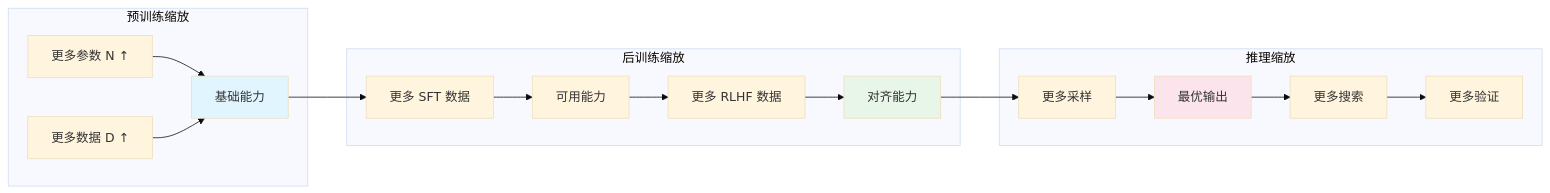
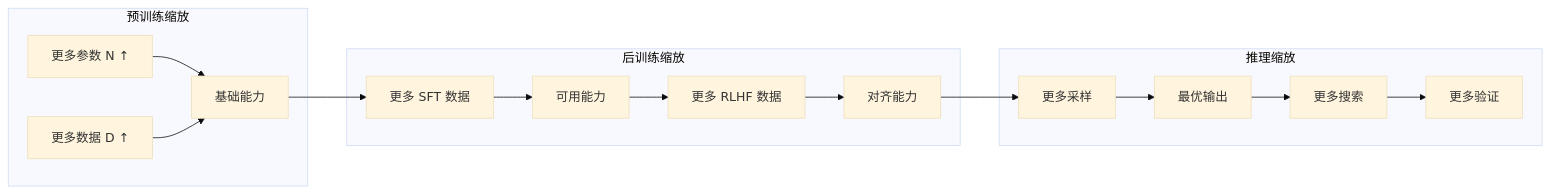
Before and after one commit to fenixsoft/dmla: the third of 3 diagrams in docs/language-models/reasoning/test-time-compute.md, drawn with Mermaid (base theme). The commit also changed other lines of this file and 12 other files, not shown here.

First line of the commit message:
docs: 推理章节精简重写，启用 GFM breaks，新增插图资源

````diff
--- a/docs/language-models/reasoning/test-time-compute.md
+++ b/docs/language-models/reasoning/test-time-compute.md
@@ -613,26 +164,22 @@
-```mermaid
+```mermaid compact
 graph LR
     subgraph 预训练缩放
         P1["更多参数 N ↑"] --> P2["基础能力"]
         P3["更多数据 D ↑"] --> P2
     end
 
     subgraph 后训练缩放
         Q1["更多 SFT 数据"] --> Q2["可用能力"]
         Q2 --> Q3["更多 RLHF 数据"]
         Q3 --> Q4["对齐能力"]
     end
 
     subgraph 推理缩放
         R1["更多采样"] --> R2["最优输出"]
         R2 --> R3["更多搜索"]
         R3 --> R4["更多验证"]
     end
 
     P2 --> Q1
     Q4 --> R1
-
-    style P2 fill:#e1f5fe
-    style Q4 fill:#e8f5e9
-    style R2 fill:#fce4ec
 ```
````
